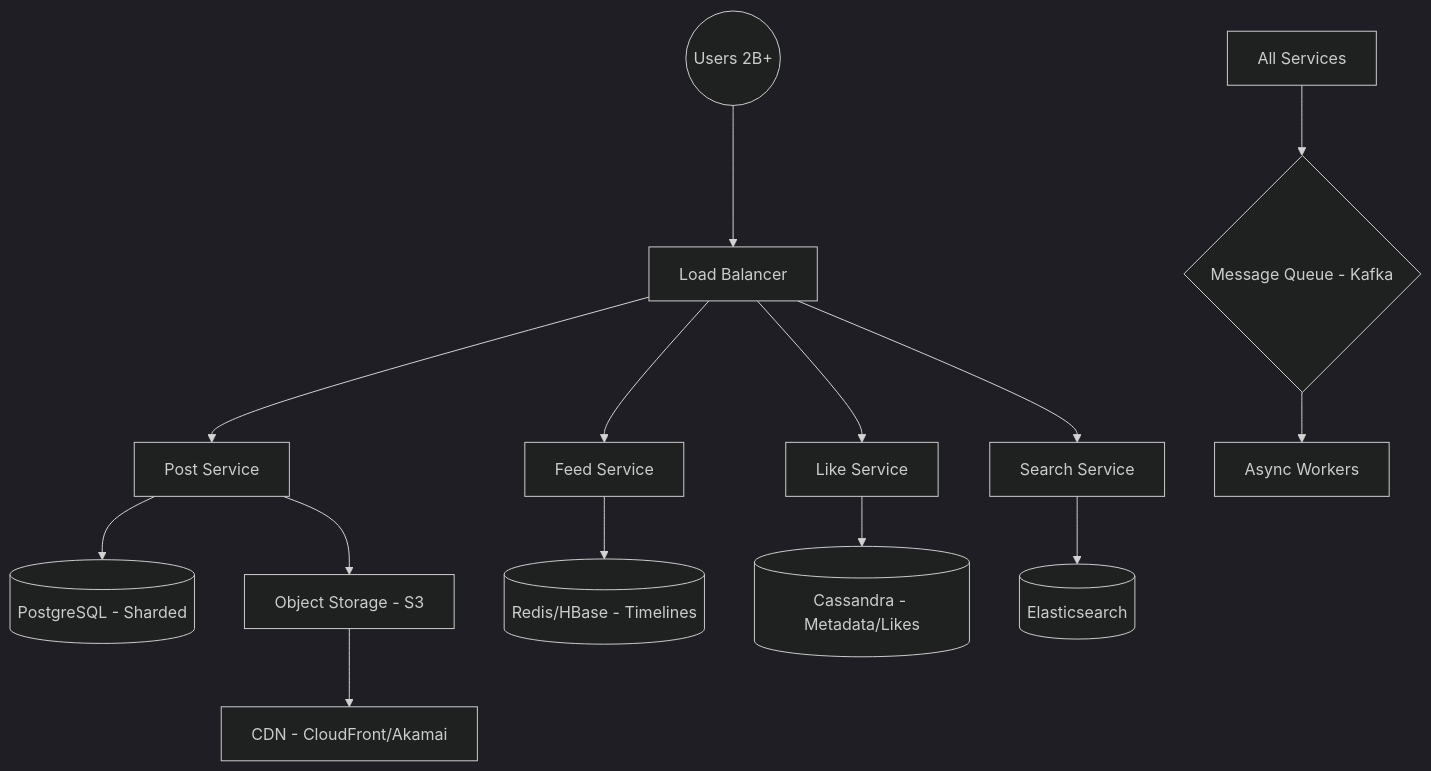
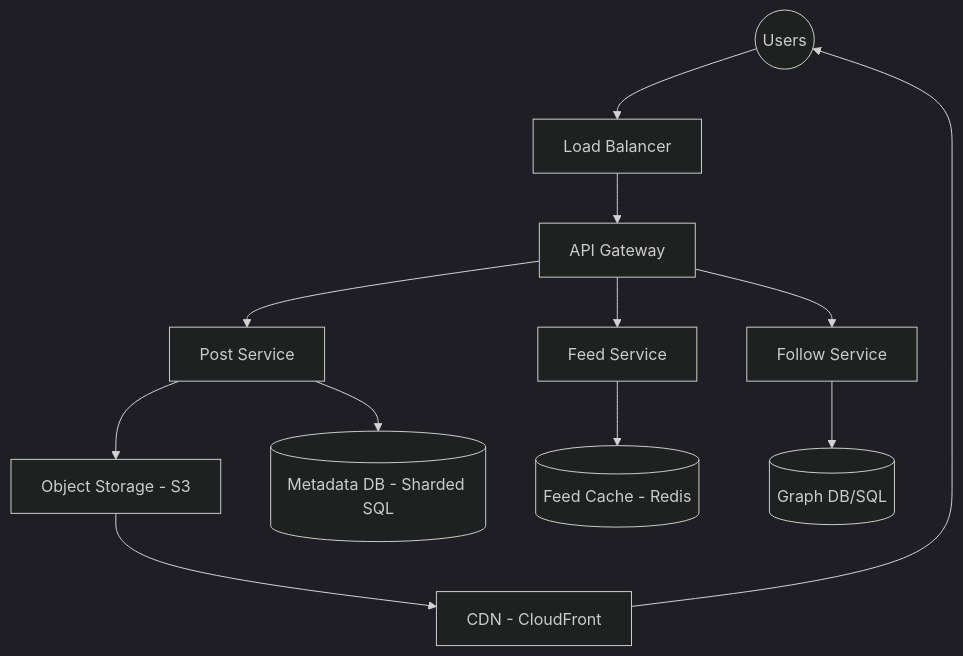
The diagram in docs/case-studies/instagram.md (yokeshrana/systemdesign), drawn with Mermaid (dark theme) before and after one commit. The commit also changed other lines of this file and 5 other files, not shown here.

Commit message:
docs: deeply enhance case studies with 7-step structure and detailed architecture

````diff
--- a/docs/case-studies/instagram.md
+++ b/docs/case-studies/instagram.md
@@ -19,22 +98,19 @@
 ```mermaid
 graph TD
-    User((Users 2B+)) --> LB[Load Balancer]
-    LB --> PostS[Post Service]
-    LB --> FeedS[Feed Service]
-    LB --> LikeS[Like Service]
-    LB --> SearchS[Search Service]
-
-    PostS --> PSQL[(PostgreSQL - Sharded)]
+    User((Users)) --> LB[Load Balancer]
+    LB --> API[API Gateway]
+    
+    API --> PostS[Post Service]
+    API --> FeedS[Feed Service]
+    API --> FollowS[Follow Service]
+    
     PostS --> S3[Object Storage - S3]
+    PostS --> DB[(Metadata DB - Sharded SQL)]
     
-    FeedS --> Redis[(Redis/HBase - Timelines)]
+    S3 --> CDN[CDN - CloudFront]
+    CDN --> User
     
-    LikeS --> Cass[(Cassandra - Metadata/Likes)]
+    FeedS --> Cache[(Feed Cache - Redis)]
     
-    SearchS --> ES[(Elasticsearch)]
-
-    S3 --> CDN[CDN - CloudFront/Akamai]
-    
-    Services[All Services] --> Kafka{Message Queue - Kafka}
-    Kafka --> Workers[Async Workers]
+    FollowS --> GraphDB[(Graph DB/SQL)]
 ```
````
